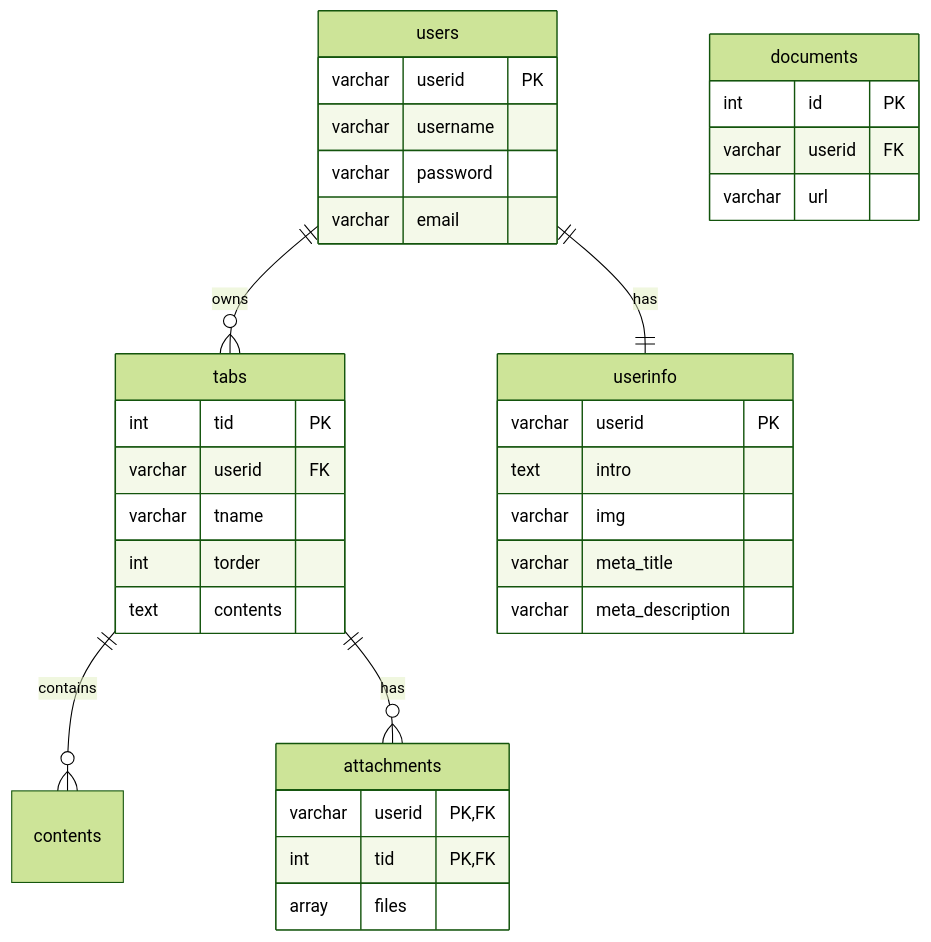
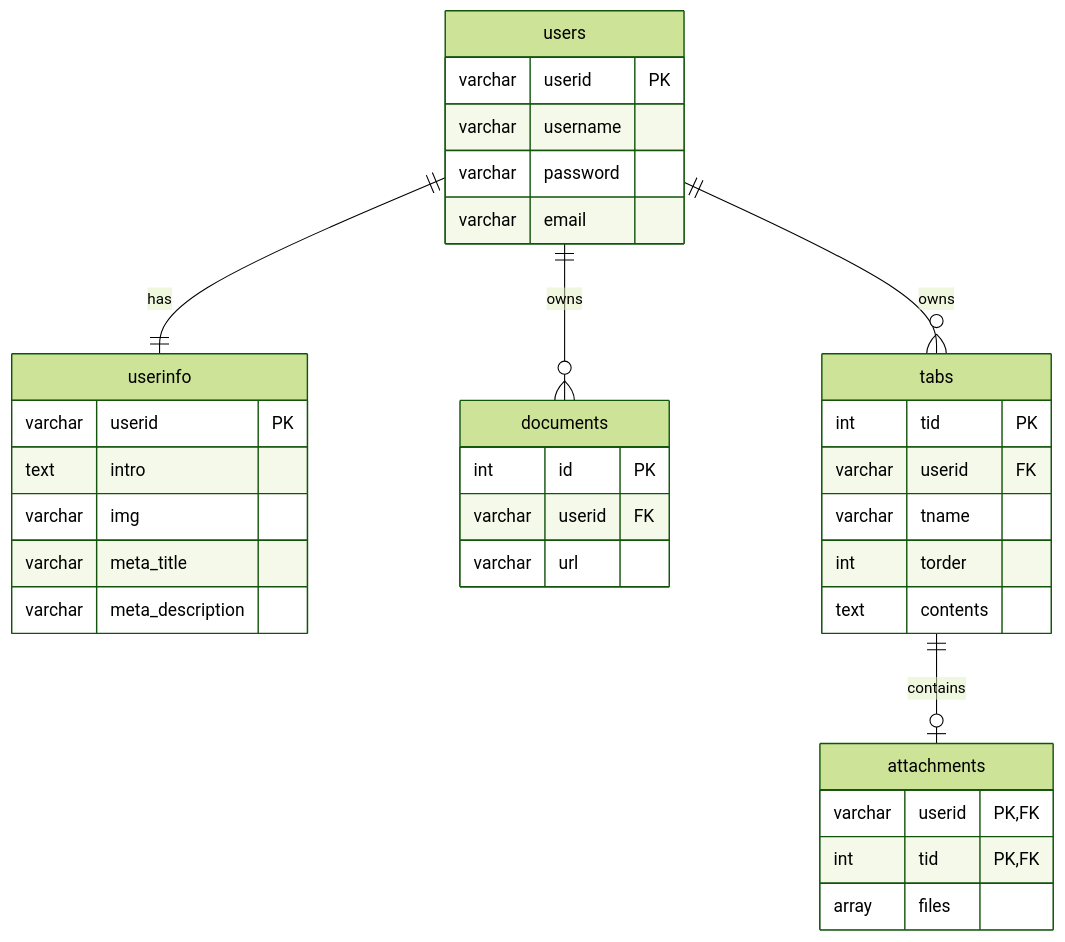
Before and after one commit to SihyeonHong/EasiestCV: the diagram in README.md, drawn with Mermaid (forest theme).

Commit message:
Update database schema diagram in README.md

````diff
--- a/README.md
+++ b/README.md
@@ -18,44 +18,44 @@
 ```mermaid
 erDiagram
-    users ||--o{ tabs : "owns"
-    users ||--|| userinfo : "has"
-    tabs ||--o{ contents : "contains"
-    tabs ||--o{ attachments : "has"
+    users ||--|| userinfo : has
+    users ||--o{ documents : owns
+    users ||--o{ tabs : owns
+    tabs ||--o| attachments : contains
 
     users {
         varchar userid PK
         varchar username
         varchar password
         varchar email
     }
 
     userinfo {
         varchar userid PK 
         text intro
         varchar img
         varchar meta_title  
         varchar meta_description 
     }
 
     documents {
         int id PK
         varchar userid FK
         varchar url
     }
 
     tabs {
         int tid PK
         varchar userid FK
         varchar tname
         int torder
         text contents
     }
 
     attachments {
         varchar userid PK, FK 
         int tid PK, FK 
         array files
     }
 
 
 ```
````
